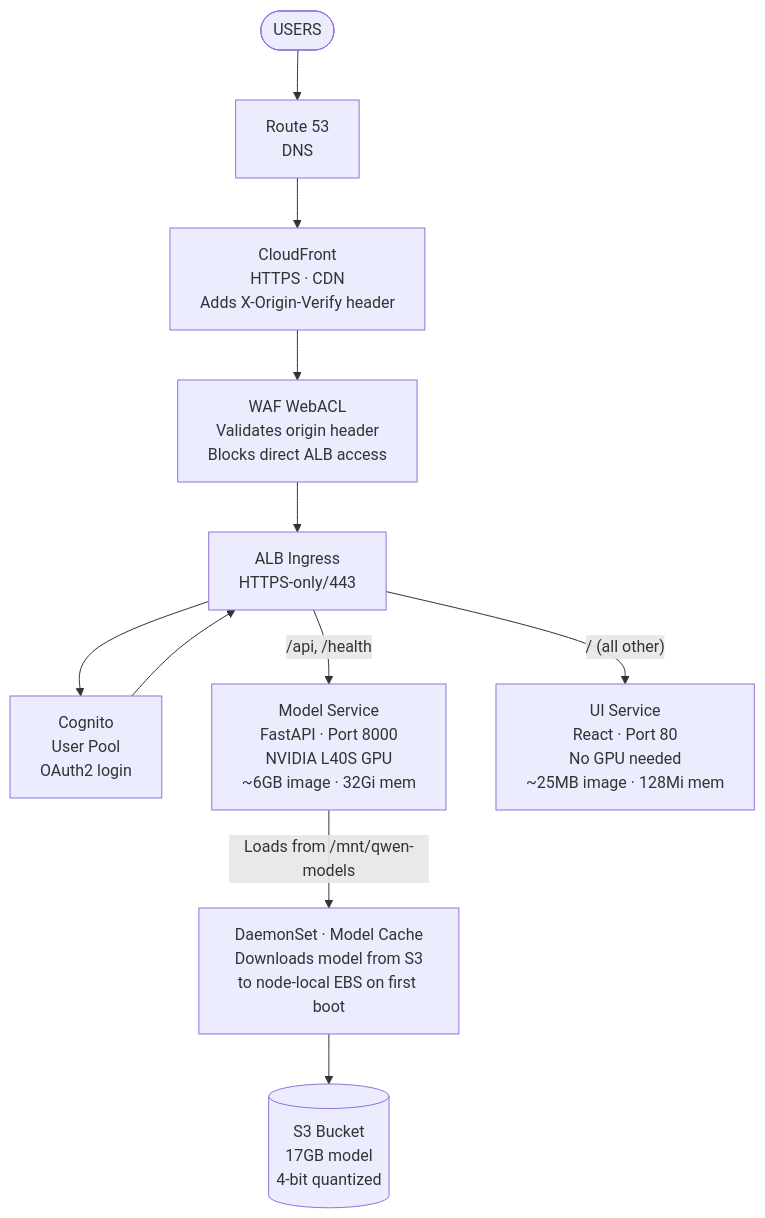
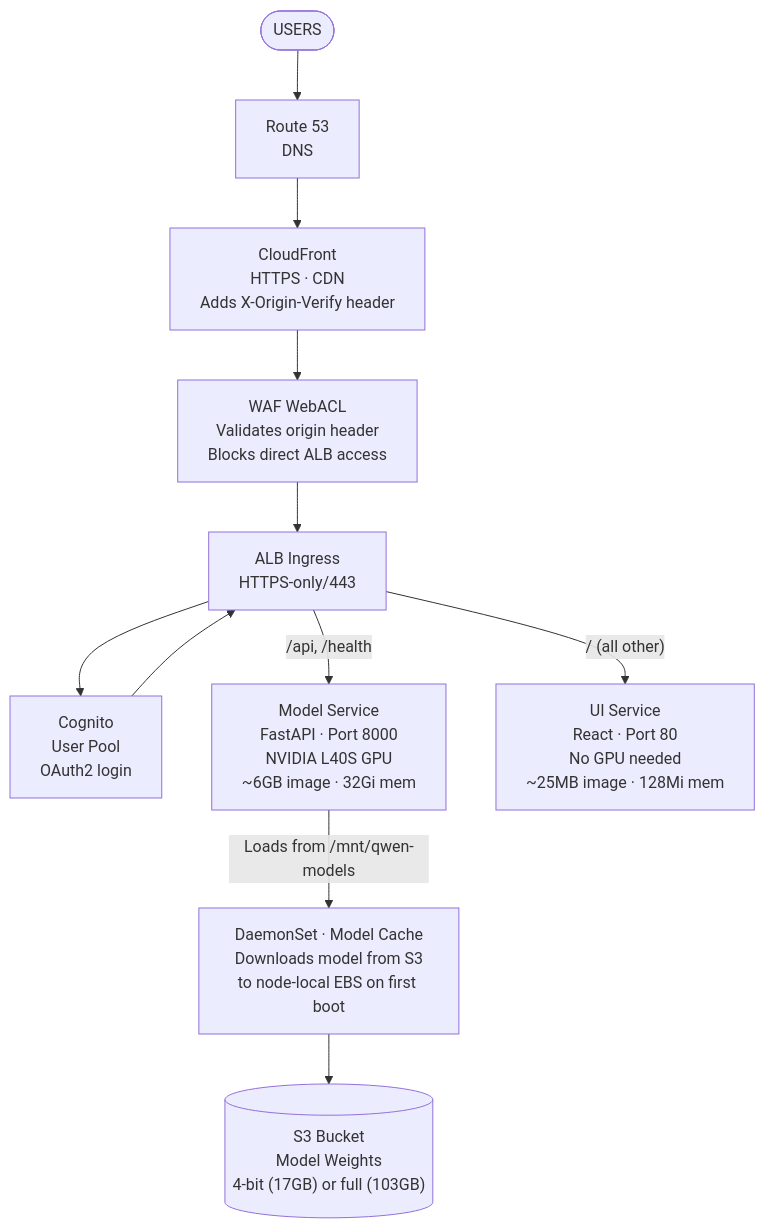
The first of 6 diagrams in README.md (garystafford/qwen-image-edit-2511-eks-react), drawn with Mermaid before and after one commit. The commit also changed other lines of this file and 2 other files, not shown here.

First line of the commit message:
Document 8-bit deployment option and scrub sensitive values

````diff
--- a/README.md
+++ b/README.md
@@ -9,16 +9,16 @@
 ```mermaid
 graph TD
     Users(["USERS"]) --> R53["Route 53<br/>DNS"]
     R53 --> CF["CloudFront<br/>HTTPS · CDN<br/>Adds X-Origin-Verify header"]
     CF --> WAF["WAF WebACL<br/>Validates origin header<br/>Blocks direct ALB access"]
     WAF --> ALB["ALB Ingress<br/>HTTPS-only/443"]
     ALB --> Cognito["Cognito<br/>User Pool<br/>OAuth2 login"]
     Cognito --> ALB
 
     ALB -- "/api, /health" --> Model["Model Service<br/>FastAPI · Port 8000<br/>NVIDIA L40S GPU<br/>~6GB image · 32Gi mem"]
     ALB -- "/ (all other)" --> UI["UI Service<br/>React · Port 80<br/>No GPU needed<br/>~25MB image · 128Mi mem"]
 
     Model -- "Loads from /mnt/qwen-models" --> DS["DaemonSet · Model Cache<br/>Downloads model from S3<br/>to node-local EBS on first boot"]
 
-    DS --> S3[("S3 Bucket<br/>17GB model<br/>4-bit quantized")]
+    DS --> S3[("S3 Bucket<br/>Model Weights<br/>4-bit (17GB) or full (103GB)")]
 ```
````
